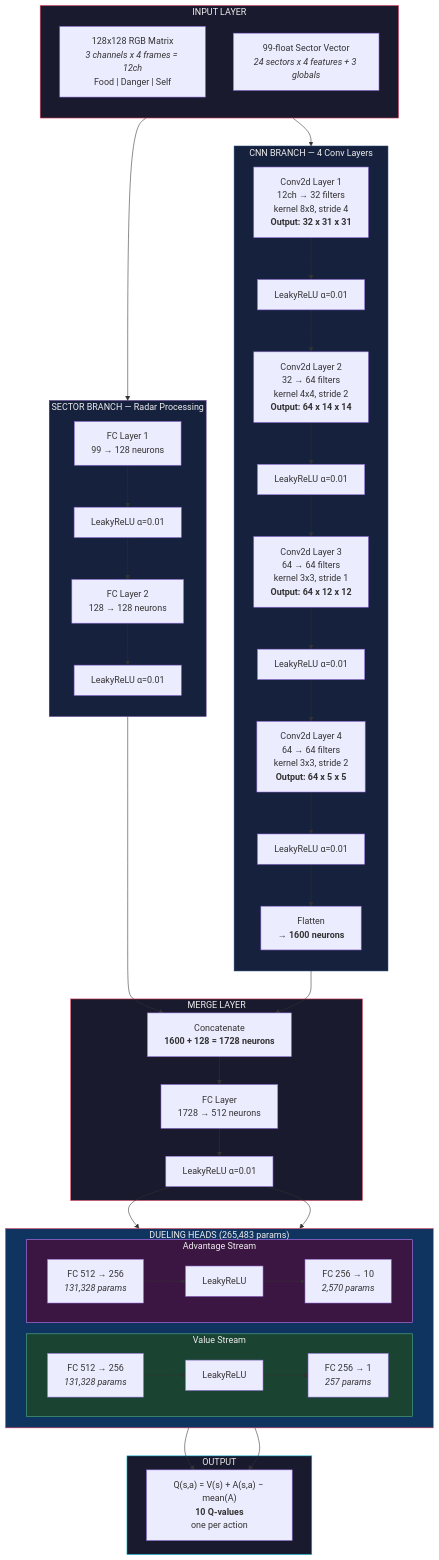
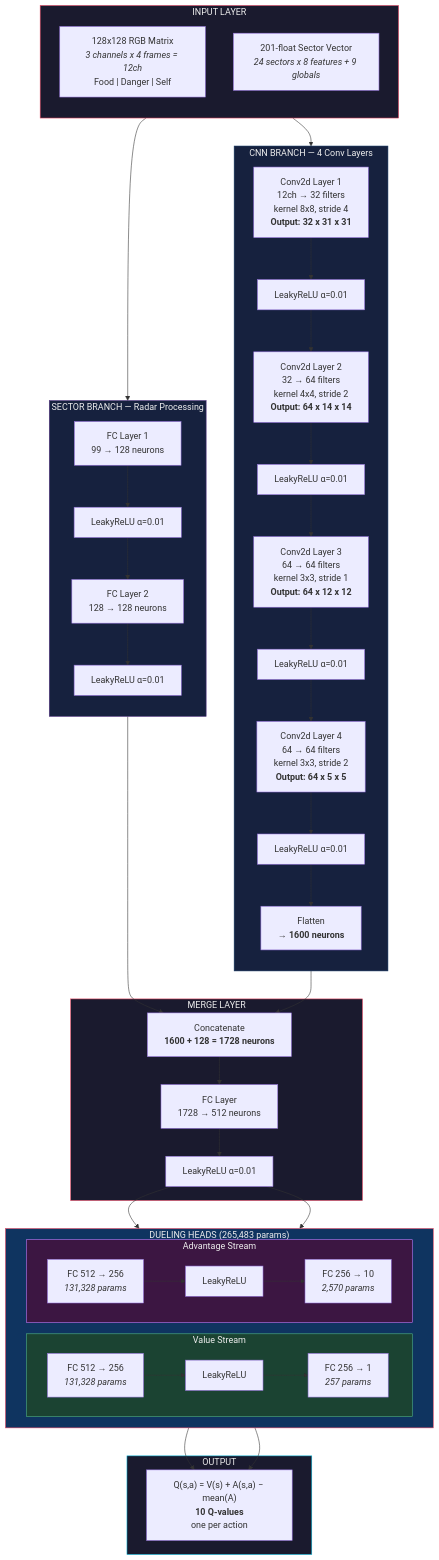
Before and after one commit to bmaltais/slbot: the first of 3 diagrams in README.md, drawn with Mermaid. The commit also changed other lines of this file and 28 other files, not shown here.

````diff
--- a/README.md
+++ b/README.md
@@ -33,79 +33,79 @@
 ```mermaid
 graph TB
     subgraph INPUT ["INPUT LAYER"]
         direction TB
         M["128x128 RGB Matrix<br/><i>3 channels x 4 frames = 12ch</i><br/>Food | Danger | Self"]
-        S["99-float Sector Vector<br/><i>24 sectors x 4 features + 3 globals</i>"]
+        S["201-float Sector Vector<br/><i>24 sectors x 8 features + 9 globals</i>"]
     end
 
     subgraph CNN ["CNN BRANCH — 4 Conv Layers"]
         direction TB
         C1["Conv2d Layer 1<br/>12ch → 32 filters<br/>kernel 8x8, stride 4<br/><b>Output: 32 x 31 x 31</b>"]
         A1["LeakyReLU α=0.01"]
         C2["Conv2d Layer 2<br/>32 → 64 filters<br/>kernel 4x4, stride 2<br/><b>Output: 64 x 14 x 14</b>"]
         A2["LeakyReLU α=0.01"]
         C3["Conv2d Layer 3<br/>64 → 64 filters<br/>kernel 3x3, stride 1<br/><b>Output: 64 x 12 x 12</b>"]
         A3["LeakyReLU α=0.01"]
         C4["Conv2d Layer 4<br/>64 → 64 filters<br/>kernel 3x3, stride 2<br/><b>Output: 64 x 5 x 5</b>"]
         A4["LeakyReLU α=0.01"]
         FL["Flatten<br/><b>→ 1600 neurons</b>"]
 
         C1 --> A1 --> C2 --> A2 --> C3 --> A3 --> C4 --> A4 --> FL
     end
 
     subgraph SEC ["SECTOR BRANCH — Radar Processing"]
         direction TB
         S1["FC Layer 1<br/>99 → 128 neurons"]
         SA1["LeakyReLU α=0.01"]
         S2["FC Layer 2<br/>128 → 128 neurons"]
         SA2["LeakyReLU α=0.01"]
 
         S1 --> SA1 --> S2 --> SA2
     end
 
     subgraph MERGE ["MERGE LAYER"]
         CAT["Concatenate<br/><b>1600 + 128 = 1728 neurons</b>"]
         MFC["FC Layer<br/>1728 → 512 neurons"]
         MA["LeakyReLU α=0.01"]
 
         CAT --> MFC --> MA
     end
 
     subgraph DUELING ["DUELING HEADS (265,483 params)"]
         direction LR
         subgraph VAL ["Value Stream"]
             VFC1["FC 512 → 256<br/><i>131,328 params</i>"]
             VA1["LeakyReLU"]
             VFC2["FC 256 → 1<br/><i>257 params</i>"]
             VFC1 --> VA1 --> VFC2
         end
         subgraph ADV ["Advantage Stream"]
             AFC1["FC 512 → 256<br/><i>131,328 params</i>"]
             AA1["LeakyReLU"]
             AFC2["FC 256 → 10<br/><i>2,570 params</i>"]
             AFC1 --> AA1 --> AFC2
         end
     end
 
     subgraph OUTPUT ["OUTPUT"]
         COMBINE["Q(s,a) = V(s) + A(s,a) − mean(A)<br/><b>10 Q-values</b><br/>one per action"]
     end
 
     M --> C1
     S --> S1
     FL --> CAT
     SA2 --> CAT
     MA --> VFC1
     MA --> AFC1
     VFC2 --> COMBINE
     AFC2 --> COMBINE
 
     style INPUT fill:#1a1a2e,stroke:#e94560,color:#eee
     style CNN fill:#16213e,stroke:#0f3460,color:#eee
     style SEC fill:#16213e,stroke:#533483,color:#eee
     style MERGE fill:#1a1a2e,stroke:#e94560,color:#eee
     style DUELING fill:#0f3460,stroke:#e94560,color:#eee
     style OUTPUT fill:#1a1a2e,stroke:#00b4d8,color:#eee
     style VAL fill:#1b4332,stroke:#52b788,color:#eee
     style ADV fill:#3c1642,stroke:#c77dff,color:#eee
 ```
````
